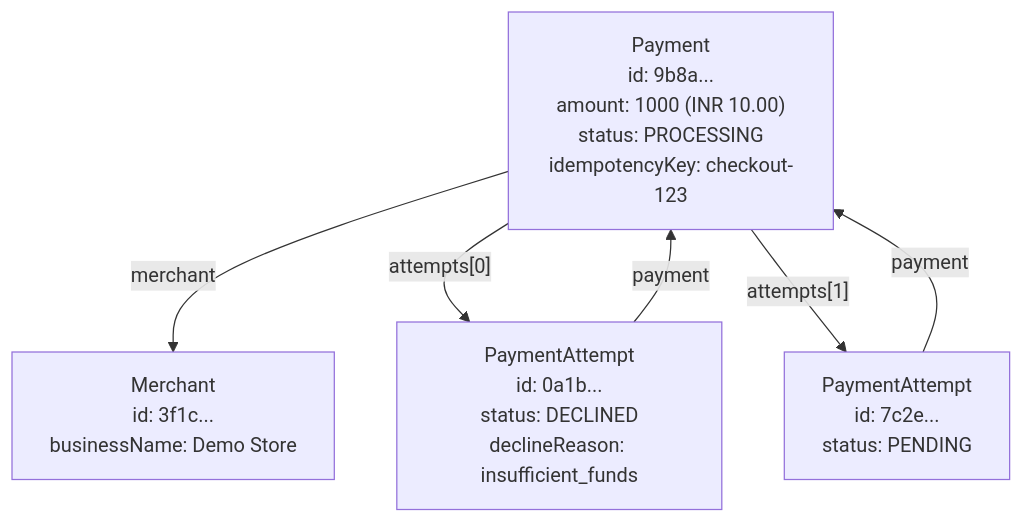
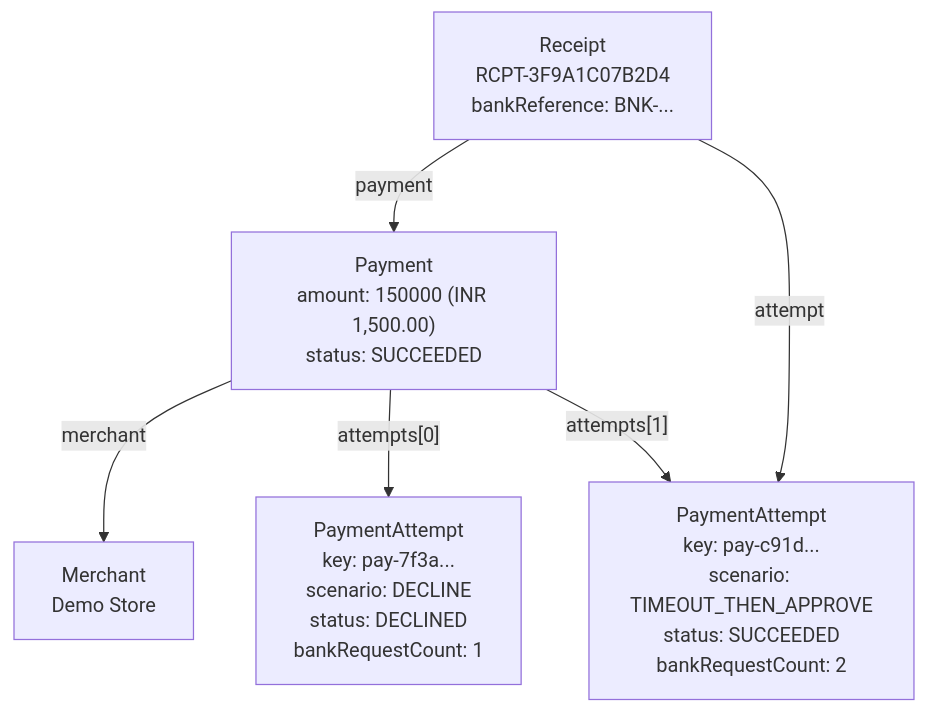
One commit to ShubhamBrody/PaymentGateway changed the fourth of 6 diagrams in docs/relationship-map.md. Above: the diagram before and after it, drawn with Mermaid. The commit also changed other lines of this file and 1 other file, not shown here.

First line of the commit message:
Document the queue architecture, testing, and load test results

````diff
--- a/docs/relationship-map.md
+++ b/docs/relationship-map.md
@@ -157,12 +143,13 @@
 ```mermaid
 flowchart TB
-    M["Merchant<br/>id: 3f1c...<br/>businessName: Demo Store"]
-    P["Payment<br/>id: 9b8a...<br/>amount: 1000 (INR 10.00)<br/>status: PROCESSING<br/>idempotencyKey: checkout-123"]
-    A1["PaymentAttempt<br/>id: 0a1b...<br/>status: DECLINED<br/>declineReason: insufficient_funds"]
-    A2["PaymentAttempt<br/>id: 7c2e...<br/>status: PENDING"]
+    M["Merchant<br/>Demo Store"]
+    P["Payment<br/>amount: 150000 (INR 1,500.00)<br/>status: SUCCEEDED"]
+    A1["PaymentAttempt<br/>key: pay-7f3a...<br/>scenario: DECLINE<br/>status: DECLINED<br/>bankRequestCount: 1"]
+    A2["PaymentAttempt<br/>key: pay-c91d...<br/>scenario: TIMEOUT_THEN_APPROVE<br/>status: SUCCEEDED<br/>bankRequestCount: 2"]
+    R["Receipt<br/>RCPT-3F9A1C07B2D4<br/>bankReference: BNK-..."]
     P -->|merchant| M
     P -->|"attempts[0]"| A1
     P -->|"attempts[1]"| A2
-    A1 -->|payment| P
-    A2 -->|payment| P
+    R -->|payment| P
+    R -->|attempt| A2
 ```
````
